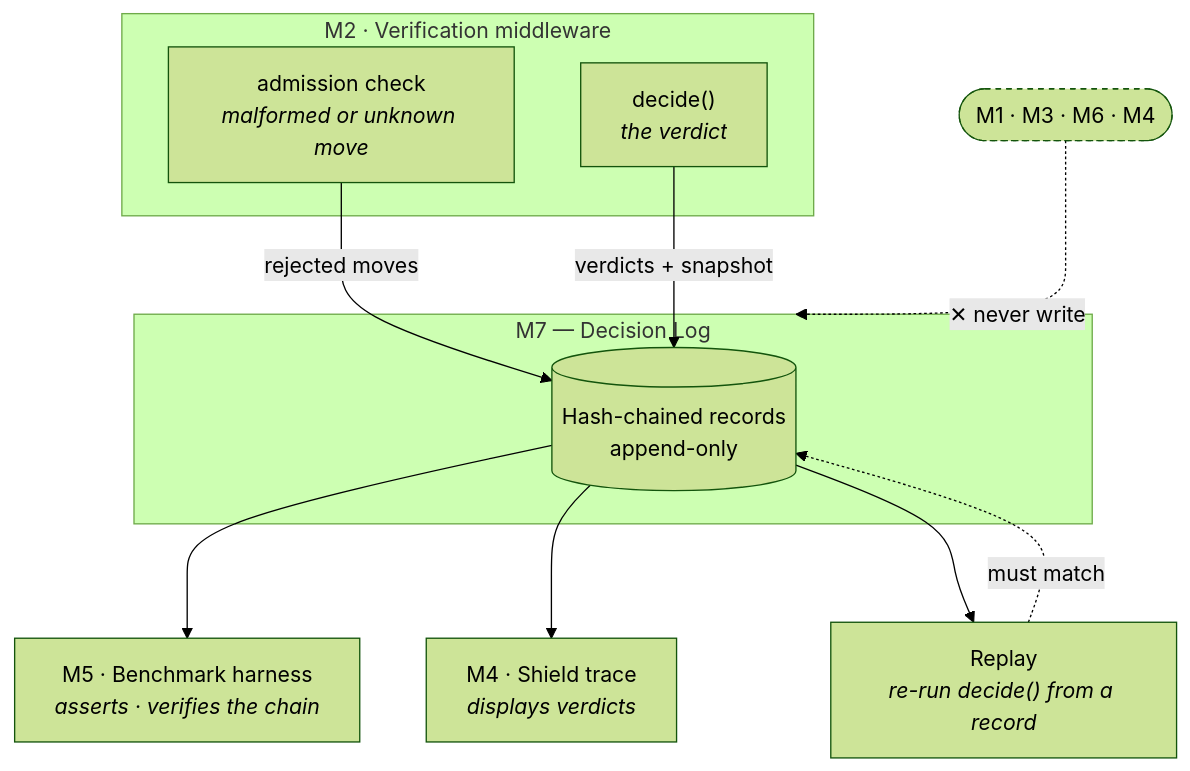
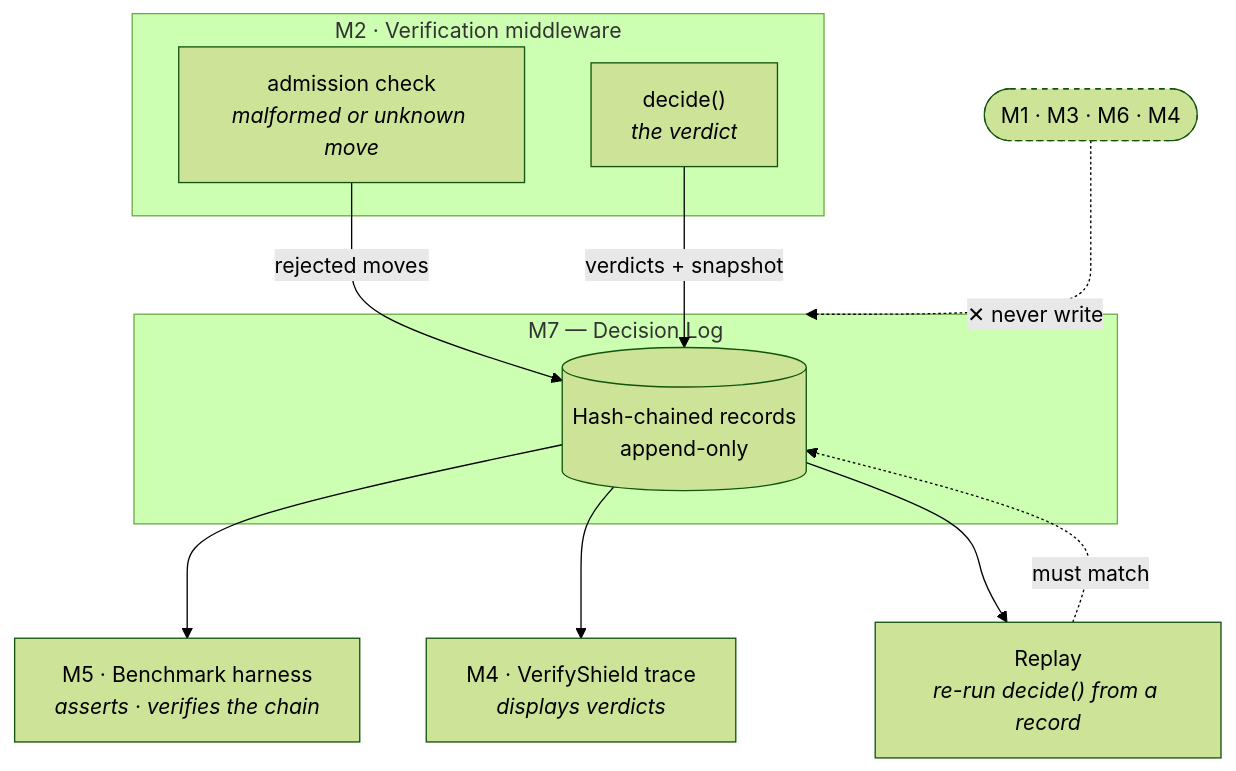
The diagram in system_research/M7-Decision-Log.md (Bill2926/COS40005_HN9_Verifiable_Co-Learner_Agent), drawn with Mermaid (forest theme) before and after one commit. The commit also changed other lines of this file and 54 other files, not shown here.

````diff
--- a/system_research/M7-Decision-Log.md
+++ b/system_research/M7-Decision-Log.md
@@ -34,28 +34,28 @@
 ```mermaid
 flowchart TB
     subgraph M2["M2 · Verification middleware"]
         ADMIT["admission check<br/><i>malformed or unknown move</i>"]
         DECIDE["decide()<br/><i>the verdict</i>"]
     end
 
     subgraph M7["M7 — Decision Log"]
         CHAIN[("Hash-chained records<br/>append-only")]
     end
 
     M5["M5 · Benchmark harness<br/><i>asserts · verifies the chain</i>"]
-    M4["M4 · Shield trace<br/><i>displays verdicts</i>"]
+    M4["M4 · VerifyShield trace<br/><i>displays verdicts</i>"]
     REPLAY["Replay<br/><i>re-run decide() from a record</i>"]
 
     ADMIT -->|"rejected moves"| CHAIN
     DECIDE -->|"verdicts + snapshot"| CHAIN
 
     CHAIN --> M5
     CHAIN --> M4
     CHAIN --> REPLAY
     REPLAY -.->|"must match"| CHAIN
 
     OTHERS(["M1 · M3 · M6 · M4"]) -.->|"✕ never write"| M7
 
     classDef blocked stroke-dasharray: 4 4
     class OTHERS blocked
 ```
````
